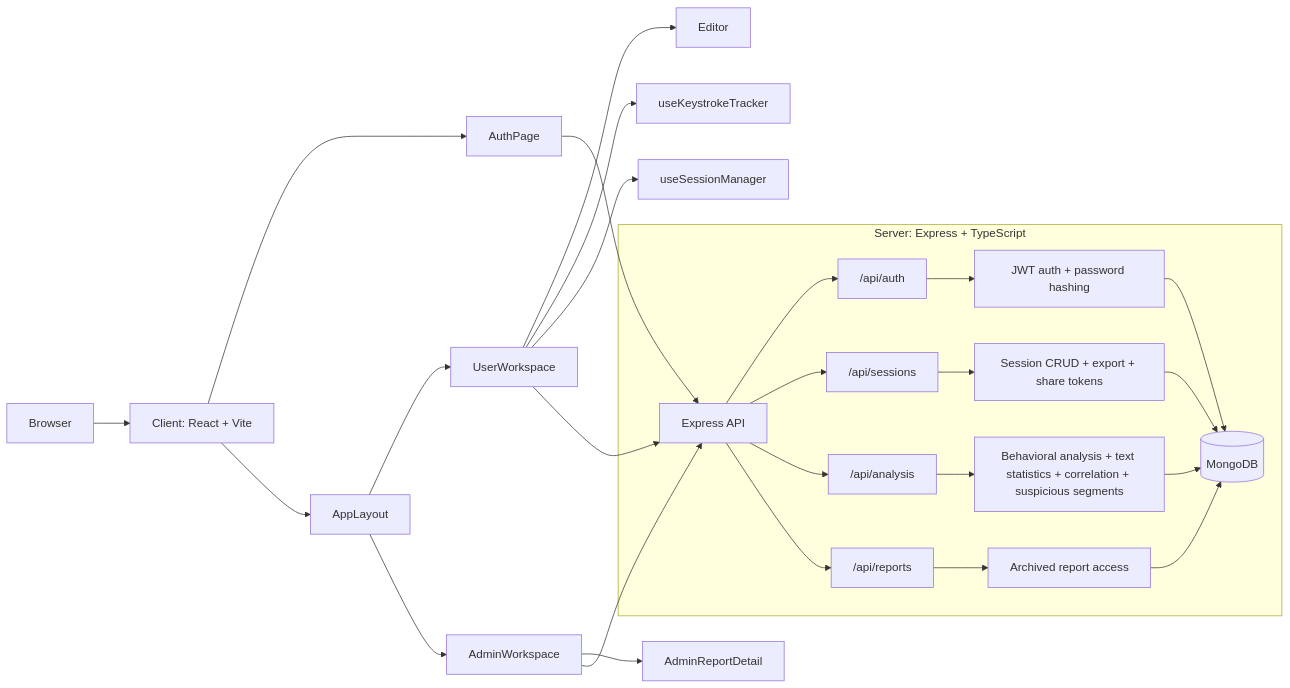
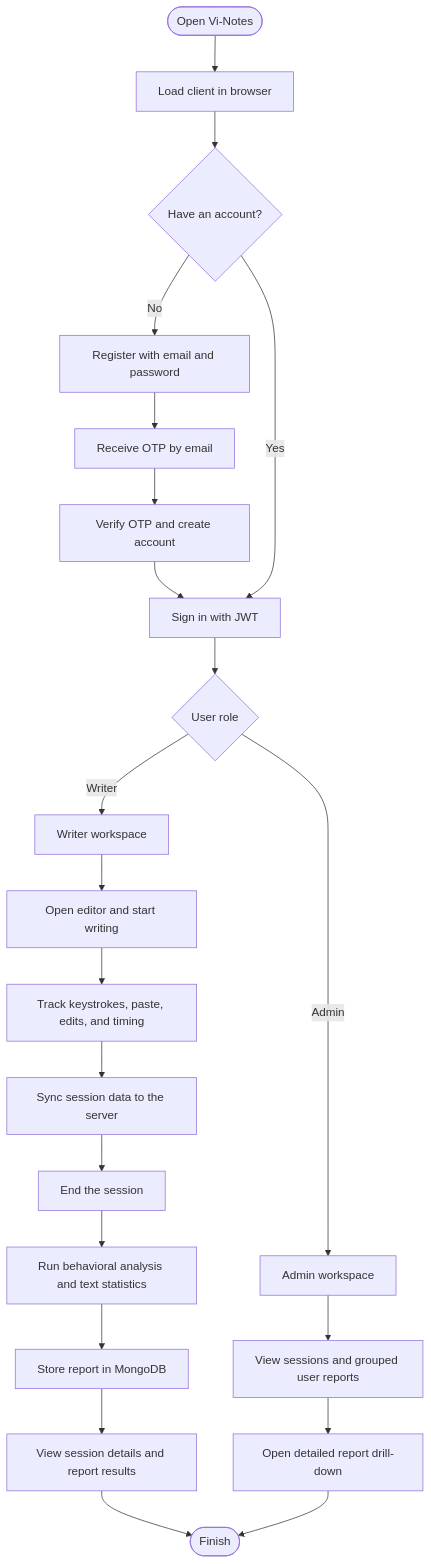
One commit to Sandhiya0305/vi-notes changed the diagram in README.md. Above: the diagram before and after it, drawn with Mermaid. The commit also changed other lines of this file, not shown here.

````diff
--- a/README.md
+++ b/README.md
@@ -76,37 +44,30 @@
 ```mermaid
-flowchart LR
-  Browser["Browser"] --> Client["Client: React + Vite"]
+flowchart TD
+  Start([Open Vi-Notes]) --> LoadApp["Load client in browser"]
+  LoadApp --> AuthChoice{"Have an account?"}
 
-  Client --> AuthPage["AuthPage"]
-  Client --> Layout["AppLayout"]
+  AuthChoice -- No --> Register["Register with email and password"]
+  Register --> OTP["Receive OTP by email"]
+  OTP --> Verify["Verify OTP and create account"]
+  Verify --> Login["Sign in with JWT"]
 
-  Layout --> UserWorkspace["UserWorkspace"]
-  Layout --> AdminWorkspace["AdminWorkspace"]
+  AuthChoice -- Yes --> Login["Sign in with JWT"]
 
-  UserWorkspace --> Editor["Editor"]
-  UserWorkspace --> KeystrokeTracker["useKeystrokeTracker"]
-  UserWorkspace --> SessionManager["useSessionManager"]
+  Login --> Role{"User role"}
+  Role -- Writer --> WriterHome["Writer workspace"]
+  Role -- Admin --> AdminHome["Admin workspace"]
 
-  AdminWorkspace --> AdminReportDetail["AdminReportDetail"]
+  WriterHome --> Editor["Open editor and start writing"]
+  Editor --> Track["Track keystrokes, paste, edits, and timing"]
+  Track --> Sync["Sync session data to the server"]
+  Sync --> EndSession["End the session"]
+  EndSession --> Analyze["Run behavioral analysis and text statistics"]
+  Analyze --> Report["Store report in MongoDB"]
+  Report --> WriterReview["View session details and report results"]
 
-  UserWorkspace --> API["Express API"]
-  AdminWorkspace --> API
-  AuthPage --> API
+  AdminHome --> AdminViews["View sessions and grouped user reports"]
+  AdminViews --> AdminDetail["Open detailed report drill-down"]
 
-  subgraph Server["Server: Express + TypeScript"]
-    API --> AuthRoutes["/api/auth"]
-    API --> SessionRoutes["/api/sessions"]
-    API --> AnalysisRoutes["/api/analysis"]
-    API --> ReportRoutes["/api/reports"]
-
-    AuthRoutes --> AuthServices["JWT auth + password hashing"]
-    SessionRoutes --> SessionServices["Session CRUD + export + share tokens"]
-    AnalysisRoutes --> AnalysisServices["Behavioral analysis + text statistics + correlation + suspicious segments"]
-    ReportRoutes --> ReportServices["Archived report access"]
-
-    AuthServices --> Mongo[(MongoDB)]
-    SessionServices --> Mongo
-    AnalysisServices --> Mongo
-    ReportServices --> Mongo
-  end
+  WriterReview --> Done([Finish])
+  AdminDetail --> Done
 ```
````
